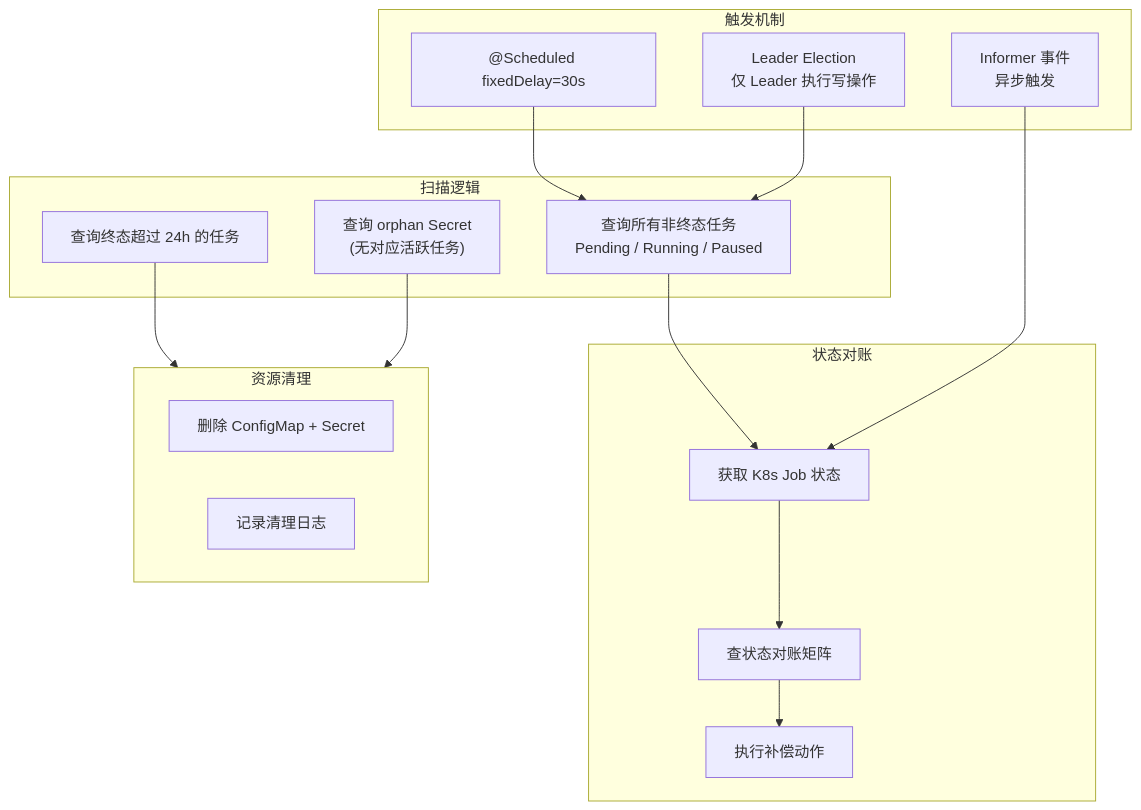
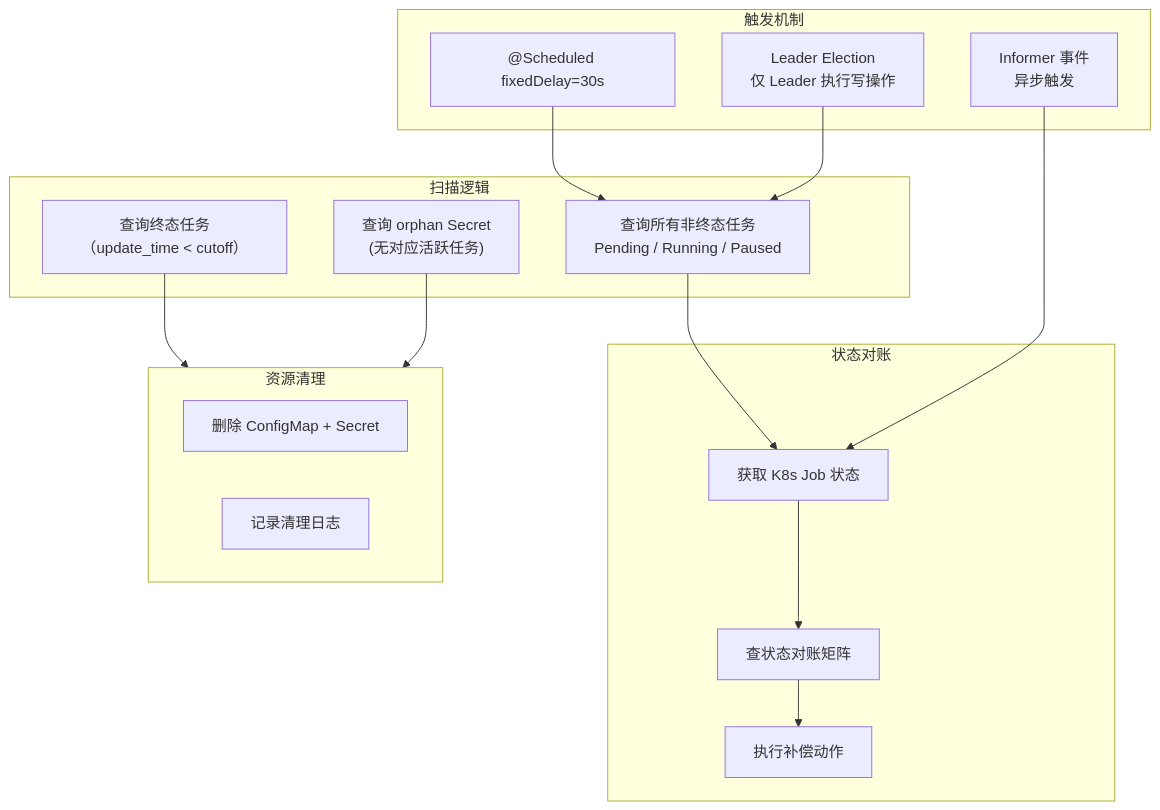
Diagram 13 of 14 in docs/features/feature-4-weight-import-design-enhanced.md (HaoruiSong622/model-lite-repository), drawn with Mermaid before and after one commit. The commit also changed other lines of this file and 6 other files, not shown here.

````diff
--- a/docs/features/feature-4-weight-import-design-enhanced.md
+++ b/docs/features/feature-4-weight-import-design-enhanced.md
@@ -3574,31 +3574,31 @@
 ```mermaid
 flowchart TB
     subgraph Trigger["触发机制"]
         T1["@Scheduled fixedDelay=30s"]
         T2["Leader Election<br/>仅 Leader 执行写操作"]
         T3["Informer 事件<br/>异步触发"]
     end
 
     subgraph Scan["扫描逻辑"]
         S1["查询所有非终态任务<br/>Pending / Running / Paused"]
-        S2["查询终态超过 24h 的任务"]
+        S2["查询终态任务（update_time < cutoff）"]
         S3["查询 orphan Secret<br/>(无对应活跃任务)"]
     end
 
     subgraph Reconcile["状态对账"]
         R1["获取 K8s Job 状态"]
         R2["查状态对账矩阵"]
         R3["执行补偿动作"]
     end
 
     subgraph Cleanup["资源清理"]
         C1["删除 ConfigMap + Secret"]
         C2["记录清理日志"]
     end
 
     T1 --> S1 --> R1 --> R2 --> R3
     T3 --> R1
     T2 --> S1
     S2 --> Cleanup
     S3 --> Cleanup
 ```
````
